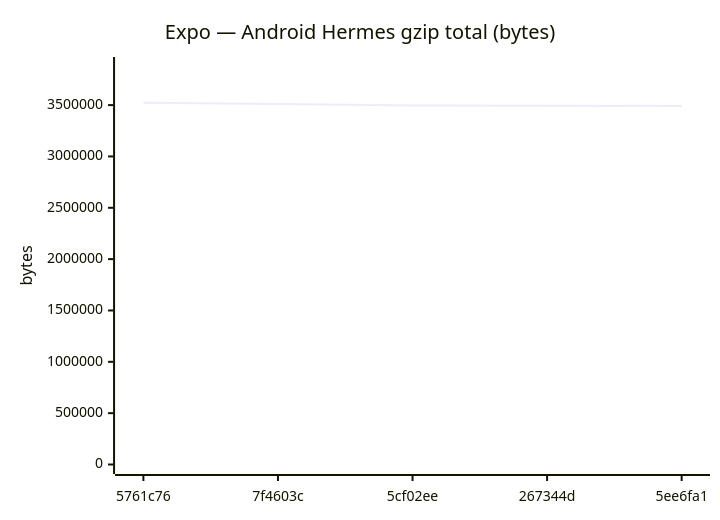
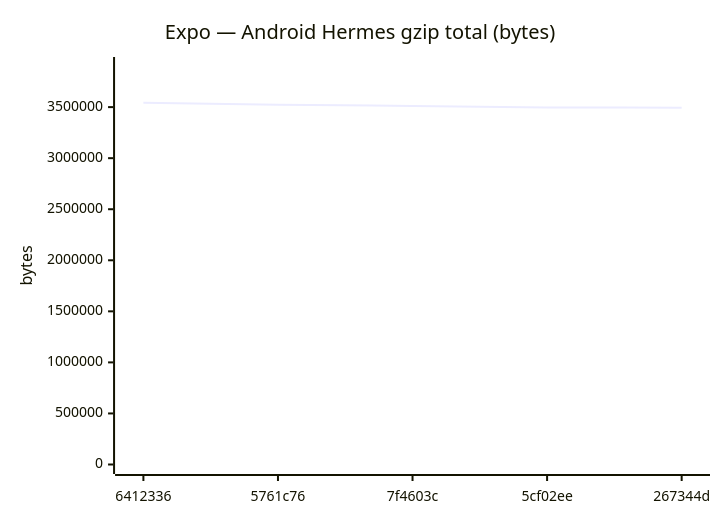
Diagram 11 of 18 in benchmarks/compare.md (Metaheurist/Rianell), drawn with Mermaid before and after one commit. The commit also changed other lines of this file and 11 other files, not shown here.

````diff
--- a/benchmarks/compare.md
+++ b/benchmarks/compare.md
@@ -172,7 +172,7 @@
 ```mermaid
 xychart-beta
     title "Expo — Android Hermes gzip total (bytes)"
-    x-axis ["5761c76", "7f4603c", "5cf02ee", "267344d", "5ee6fa1"]
-    y-axis "bytes" 0 --> 3875896
-    line [3523541, 3511474, 3496393, 3494445, 3491111]
+    x-axis ["6412336", "5761c76", "7f4603c", "5cf02ee", "267344d"]
+    y-axis "bytes" 0 --> 3897820
+    line [3543472, 3523541, 3511474, 3496393, 3494445]
 ```
````
